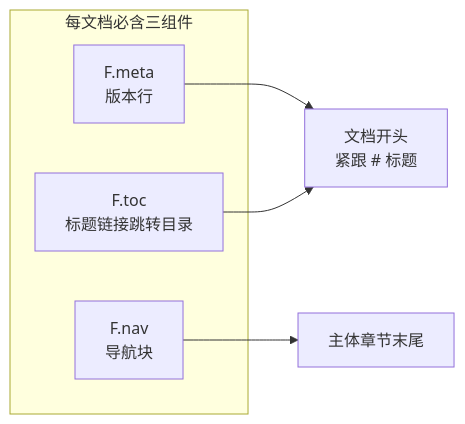
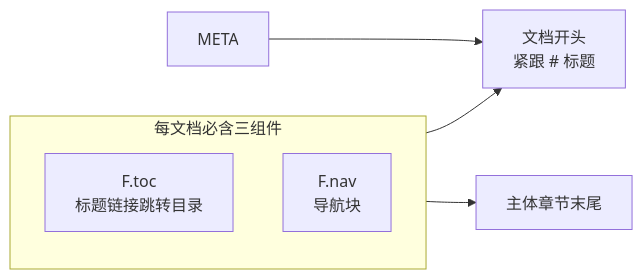
Before and after one commit to effiy/YrY: the second of 11 diagrams in rules/doc-generation.md, drawn with Mermaid. The commit also changed other lines of this file and 1 other file, not shown here.

First line of the commit message:
fix: quote --no-send? label in rui-bot mermaid diagram + add M3a rule

````diff
--- a/rules/doc-generation.md
+++ b/rules/doc-generation.md
@@ -91,12 +100,13 @@
 ```mermaid
 flowchart LR
     subgraph 必含["每文档必含三组件"]
-        META["F.meta<br/>版本行"]:::must
+        direction TB
         TOC["F.toc<br/>标题链接跳转目录"]:::must
         NAV["F.nav<br/>导航块"]:::must
     end
     META --> DOC_TOP["文档开头<br/>紧跟 # 标题"]:::out
     TOC --> DOC_TOP
     NAV --> DOC_END["主体章节末尾"]:::out
 
+
 ```
````
